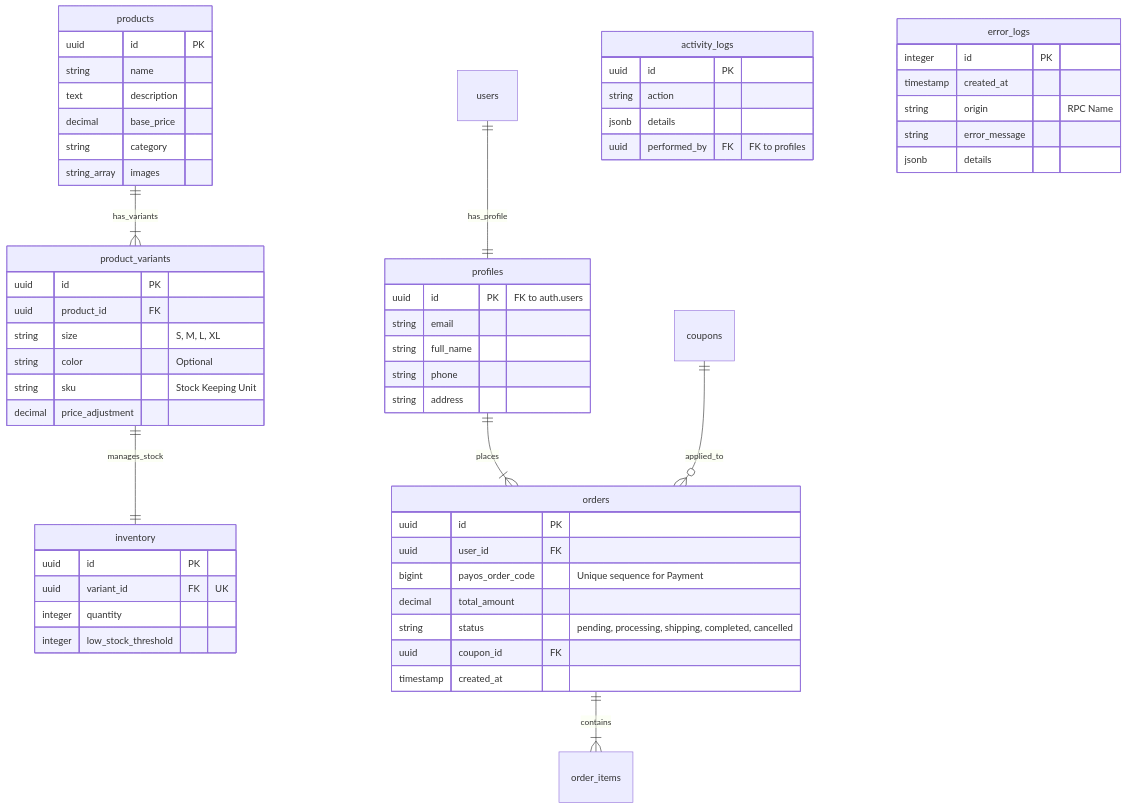
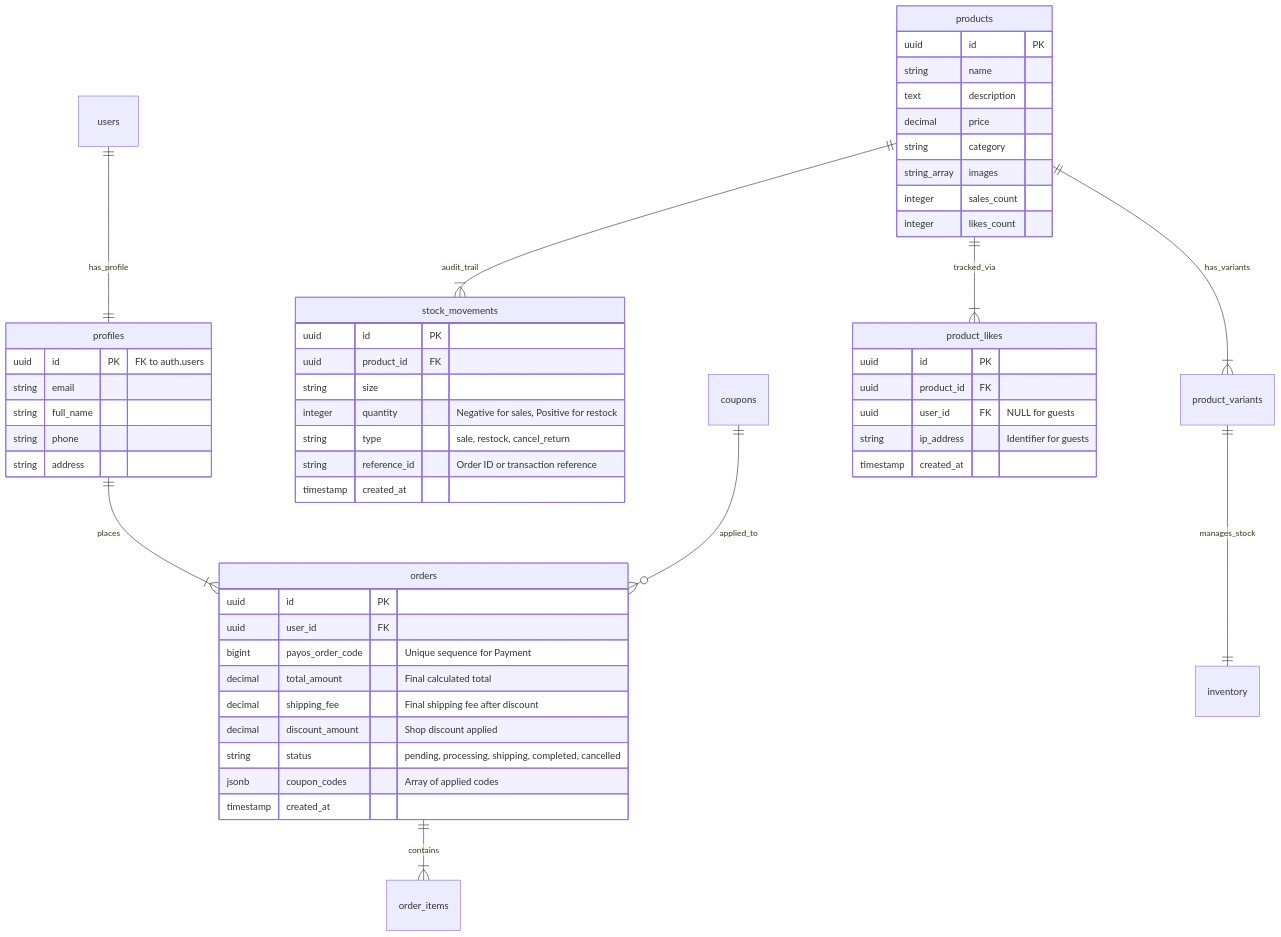
Before and after one commit to quan8897/Niee8: the diagram in docs_brain/database_design_specification.md, drawn with Mermaid. The commit also changed other lines of this file and 4 other files, not shown here.

````diff
--- a/docs_brain/database_design_specification.md
+++ b/docs_brain/database_design_specification.md
@@ -7,67 +7,60 @@
 ```mermaid
 erDiagram
     users ||--|| profiles : "has_profile"
     products ||--|{ product_variants : "has_variants"
     product_variants ||--|| inventory : "manages_stock"
     profiles ||--|{ orders : "places"
     orders ||--|{ order_items : "contains"
     coupons ||--o{ orders : "applied_to"
+    products ||--|{ product_likes : "tracked_via"
+    products ||--|{ stock_movements : "audit_trail"
 
     profiles {
         uuid id PK "FK to auth.users"
         string email
         string full_name
         string phone
         string address
     }
 
     products {
         uuid id PK
         string name
         text description
-        decimal base_price
+        decimal price
         string category
         string_array images
+        integer sales_count
+        integer likes_count
     }
 
-    product_variants {
+    product_likes {
         uuid id PK
         uuid product_id FK
-        string size "S, M, L, XL"
-        string color "Optional"
-        string sku "Stock Keeping Unit"
-        decimal price_adjustment
+        uuid user_id FK "NULL for guests"
+        string ip_address "Identifier for guests"
+        timestamp created_at
     }
 
-    inventory {
+    stock_movements {
         uuid id PK
-        uuid variant_id FK "UK"
-        integer quantity
-        integer low_stock_threshold
+        uuid product_id FK
+        string size
+        integer quantity "Negative for sales, Positive for restock"
+        string type "sale, restock, cancel_return"
+        string reference_id "Order ID or transaction reference"
+        timestamp created_at
     }
 
     orders {
         uuid id PK
         uuid user_id FK
         bigint payos_order_code "Unique sequence for Payment"
-        decimal total_amount
+        decimal total_amount "Final calculated total"
+        decimal shipping_fee "Final shipping fee after discount"
+        decimal discount_amount "Shop discount applied"
         string status "pending, processing, shipping, completed, cancelled"
-        uuid coupon_id FK
+        jsonb coupon_codes "Array of applied codes"
         timestamp created_at
     }
-
-    activity_logs {
-        uuid id PK
-        string action
-        jsonb details
-        uuid performed_by FK "FK to profiles"
-    }
-
-    error_logs {
-        integer id PK
-        timestamp created_at
-        string origin "RPC Name"
-        string error_message
-        jsonb details
-    }
 ```
````
